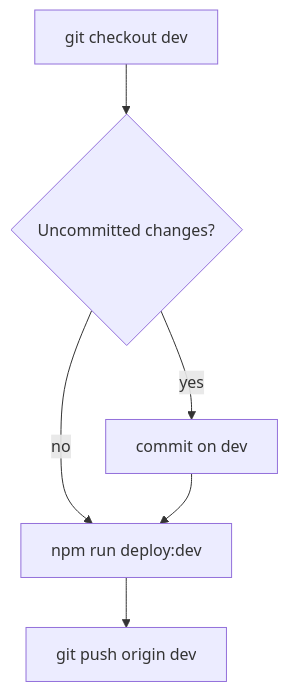
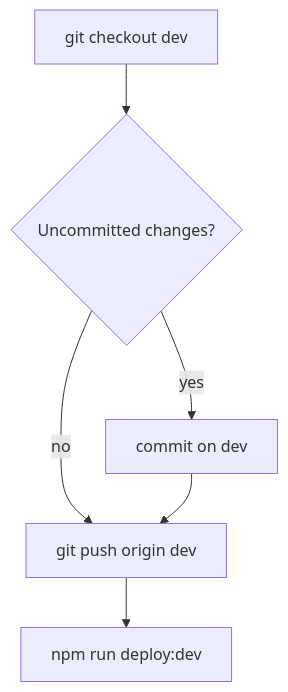
The diagram in .cursor/commands/deploy-dev.md (irynaBilousSPDev/deAtaCennik), drawn with Mermaid before and after one commit. The commit also changed other lines of this file and 8 other files, not shown here.

Commit message:
Add sync-git workflow and deploy only git-changed files after push.

````diff
--- a/.cursor/commands/deploy-dev.md
+++ b/.cursor/commands/deploy-dev.md
@@ -14,8 +18,8 @@
 ```mermaid
 flowchart TD
   A[git checkout dev] --> B{Uncommitted changes?}
   B -->|yes| C[commit on dev]
-  B -->|no| D[npm run deploy:dev]
+  B -->|no| D[git push origin dev]
   C --> D
-  D --> E[git push origin dev]
+  D --> E[npm run deploy:dev]
 ```
````
